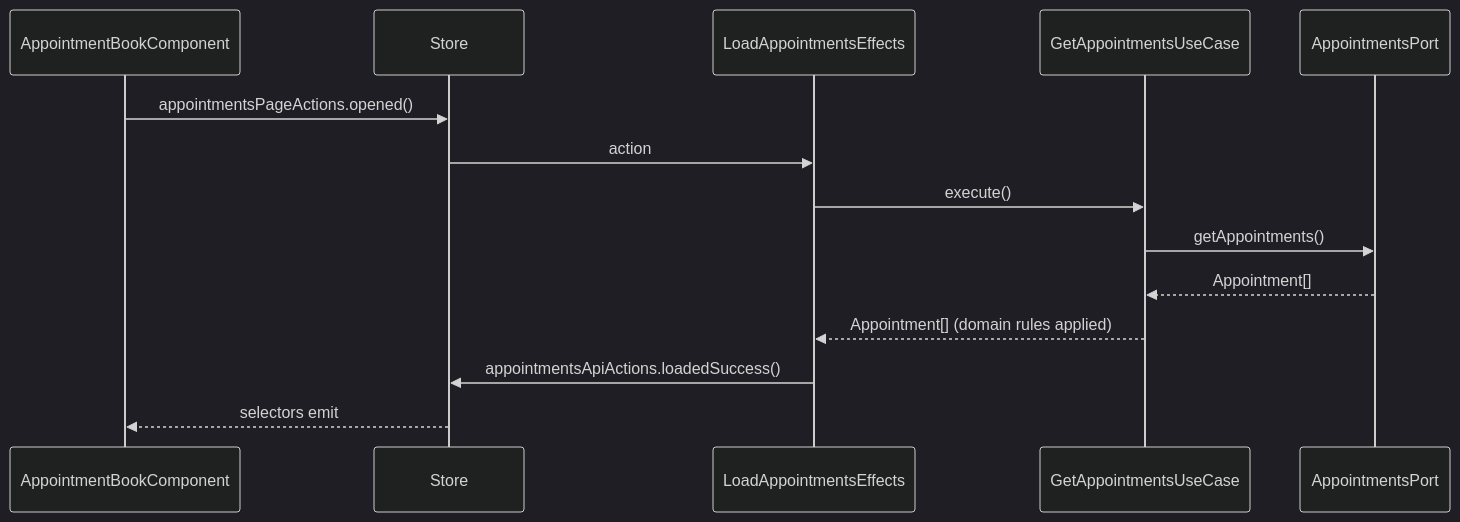
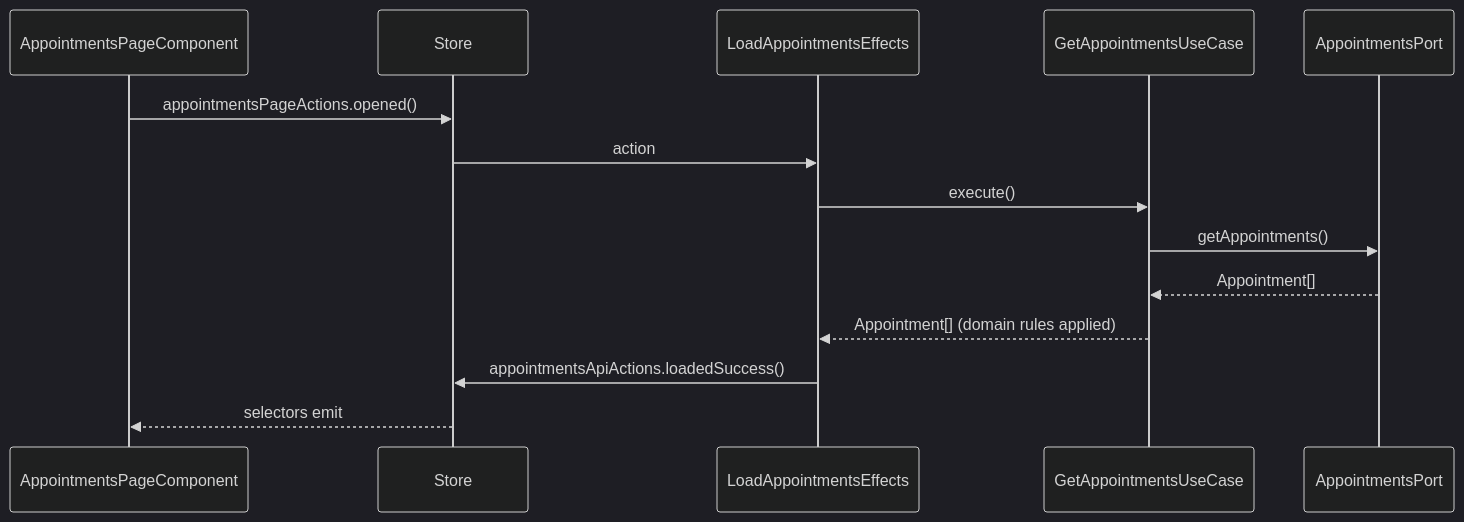
The third of 3 diagrams in README.md (Gillesf31/hexa), drawn with Mermaid (dark theme) before and after one commit. The commit also changed 4 other files, not shown here.

First line of the commit message:
refactor: name the page component after the page

````diff
--- a/README.md
+++ b/README.md
@@ -96,17 +96,17 @@
 ```mermaid
 sequenceDiagram
-  participant C as AppointmentBookComponent
+  participant C as AppointmentsPageComponent
   participant S as Store
   participant E as LoadAppointmentsEffects
   participant U as GetAppointmentsUseCase
   participant P as AppointmentsPort
 
   C->>S: appointmentsPageActions.opened()
   S->>E: action
   E->>U: execute()
   U->>P: getAppointments()
   P-->>U: Appointment[]
   U-->>E: Appointment[] (domain rules applied)
   E->>S: appointmentsApiActions.loadedSuccess()
   S-->>C: selectors emit
 ```
````
